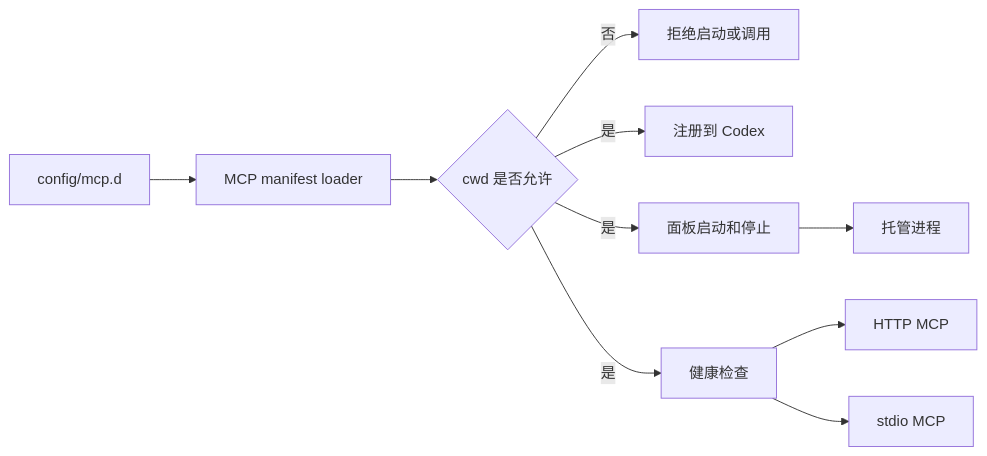
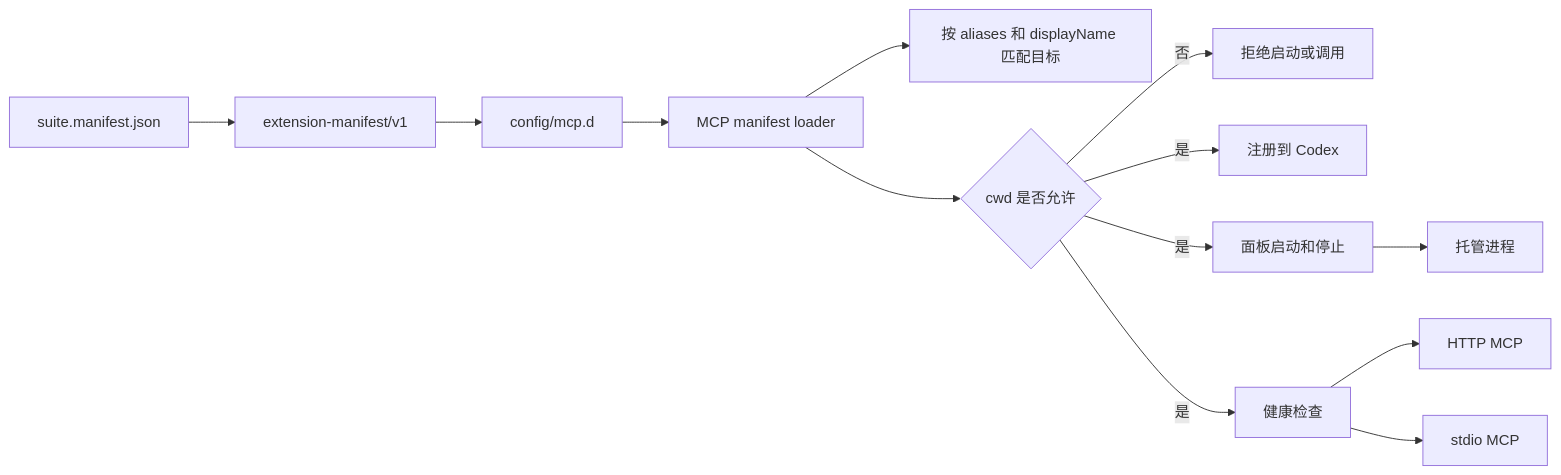
Before and after one commit to dddfuxi/codex-im-suite: the fifth of 6 diagrams in docs/PROJECT-ARCHITECTURE.md, drawn with Mermaid. The commit also changed other lines of this file and 159 other files, not shown here.

````diff
--- a/docs/PROJECT-ARCHITECTURE.md
+++ b/docs/PROJECT-ARCHITECTURE.md
@@ -310,12 +372,15 @@
 ```mermaid
 flowchart LR
-  ManifestDir[config/mcp.d] --> Loader[MCP manifest loader]
+  SuiteManifest[suite.manifest.json] --> Protocol[extension-manifest/v1]
+  Protocol --> ManifestDir[config/mcp.d]
+  ManifestDir --> Loader[MCP manifest loader]
+  Loader --> AliasMatch[按 aliases 和 displayName 匹配目标]
   Loader --> WorkspaceCheck{cwd 是否允许}
   WorkspaceCheck -->|否| Reject[拒绝启动或调用]
   WorkspaceCheck -->|是| Register[注册到 Codex]
   WorkspaceCheck -->|是| StartStop[面板启动和停止]
   WorkspaceCheck -->|是| Health[健康检查]
   StartStop --> ManagedProcess[托管进程]
   Health --> HttpMcp[HTTP MCP]
   Health --> StdioMcp[stdio MCP]
 ```
````
